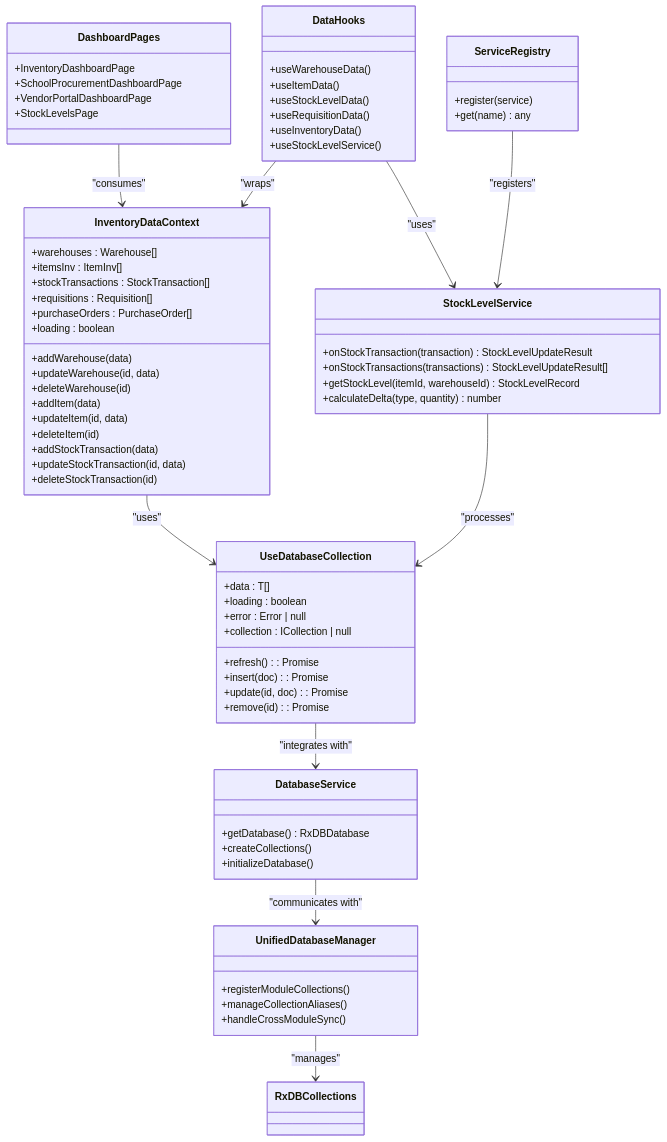
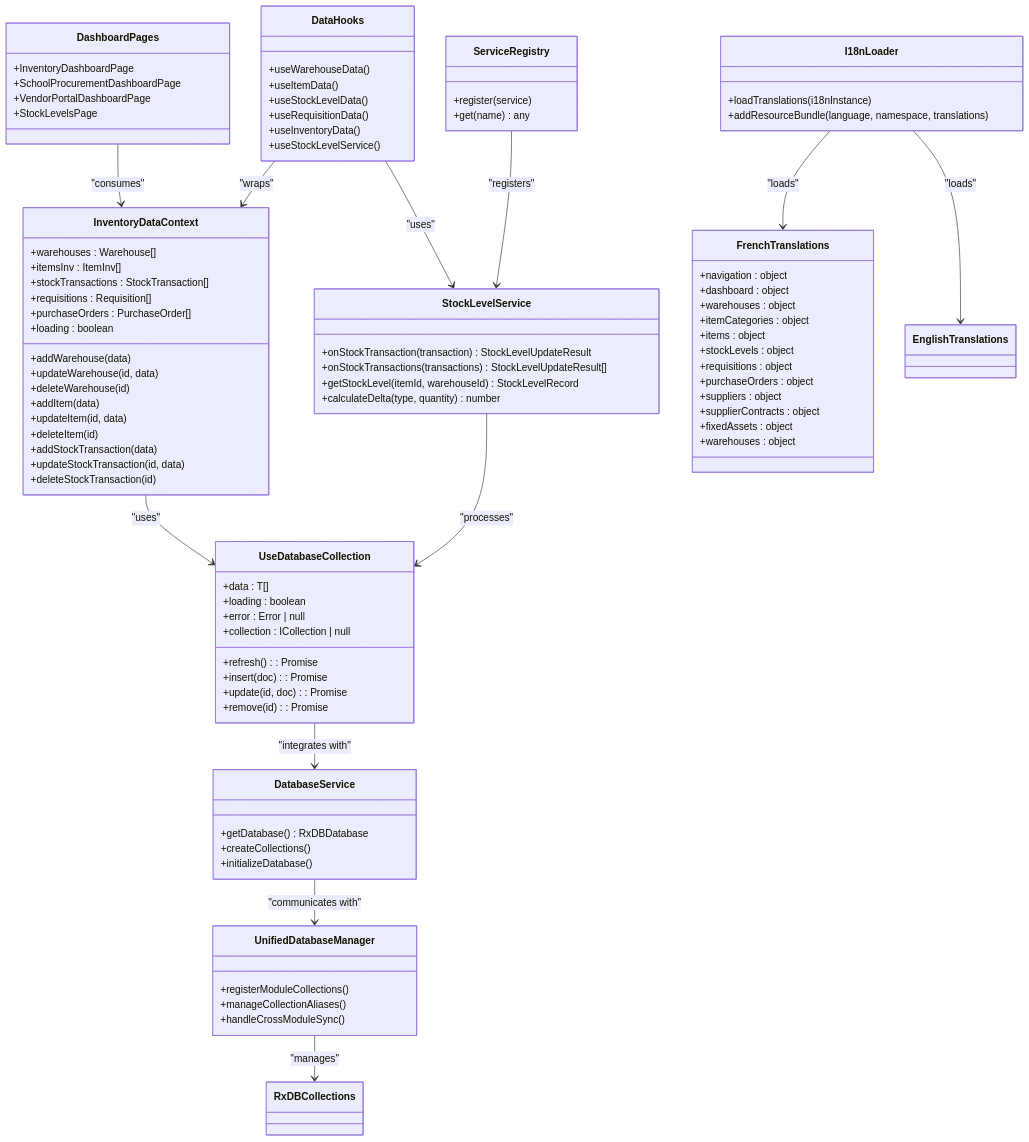
Before and after one commit to geniusdynamics/schoolpilot: the second of 10 diagrams in .qoder/repowiki/en/content/Modules System/Inventory Module.md, drawn with Mermaid. The commit also changed other lines of this file and 16 other files, not shown here.

````diff
--- a/.qoder/repowiki/en/content/Modules System/Inventory Module.md
+++ b/.qoder/repowiki/en/content/Modules System/Inventory Module.md
@@ -289,6 +316,24 @@
 +register(service)
 +get(name) any
 }
+class I18nLoader {
++loadTranslations(i18nInstance)
++addResourceBundle(language, namespace, translations)
+}
+class FrenchTranslations {
++navigation : object
++dashboard : object
++warehouses : object
++itemCategories : object
++items : object
++stockLevels : object
++requisitions : object
++purchaseOrders : object
++suppliers : object
++supplierContracts : object
++fixedAssets : object
++warehouses : object
+}
 InventoryDataContext --> UseDatabaseCollection : "uses"
 StockLevelService --> UseDatabaseCollection : "processes"
 UseDatabaseCollection --> DatabaseService : "integrates with"
@@ -298,4 +343,6 @@
 DataHooks --> InventoryDataContext : "wraps"
 DataHooks --> StockLevelService : "uses"
 ServiceRegistry --> StockLevelService : "registers"
+I18nLoader --> FrenchTranslations : "loads"
+I18nLoader --> EnglishTranslations : "loads"
 ```
````
